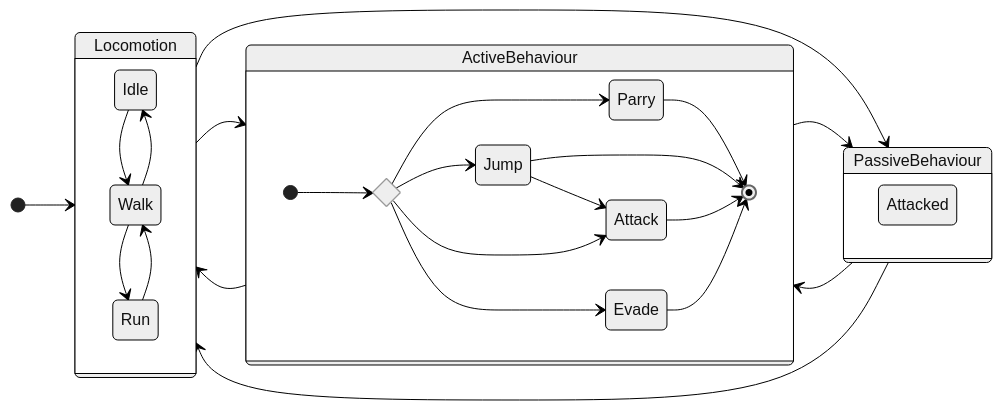
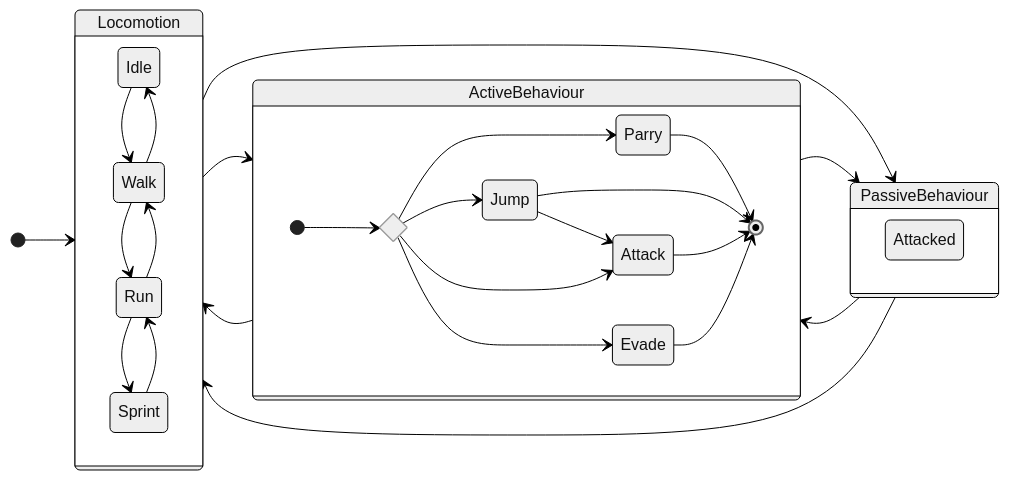
Before and after one commit to SadCatUnion/Ring-of-the-Blood-Cat-Soul: the diagram in Docs/PlayerFSM.md, drawn with Mermaid (neutral theme). The commit also changed 30 other files, not shown here.

````diff
--- a/Docs/PlayerFSM.md
+++ b/Docs/PlayerFSM.md
@@ -1,48 +1,50 @@
 ```mermaid
 stateDiagram-v2
 
 [*] --> Locomotion
 
 Locomotion --> ActiveBehaviour
 Locomotion --> PassiveBehaviour
 
 ActiveBehaviour --> Locomotion
 ActiveBehaviour --> PassiveBehaviour
 
 PassiveBehaviour --> ActiveBehaviour
 PassiveBehaviour --> Locomotion
 
 direction LR
 
 state Locomotion {    
     Idle --> Walk
     Walk --> Idle
     Walk --> Run
     Run --> Walk
+    Run --> Sprint
+    Sprint --> Run
 }
 
 state ActiveBehaviour {
     direction LR
     state if <<choice>>
 
     [*] --> if
     if --> Parry
     if --> Jump
     Jump --> Attack
     if --> Attack
     
     if --> Evade
     
 
     Parry --> [*]
     Jump --> [*]
     Attack --> [*]
     Evade --> [*]
     
 }
 
 state PassiveBehaviour {
     Attacked
 }
 
 ```
````
